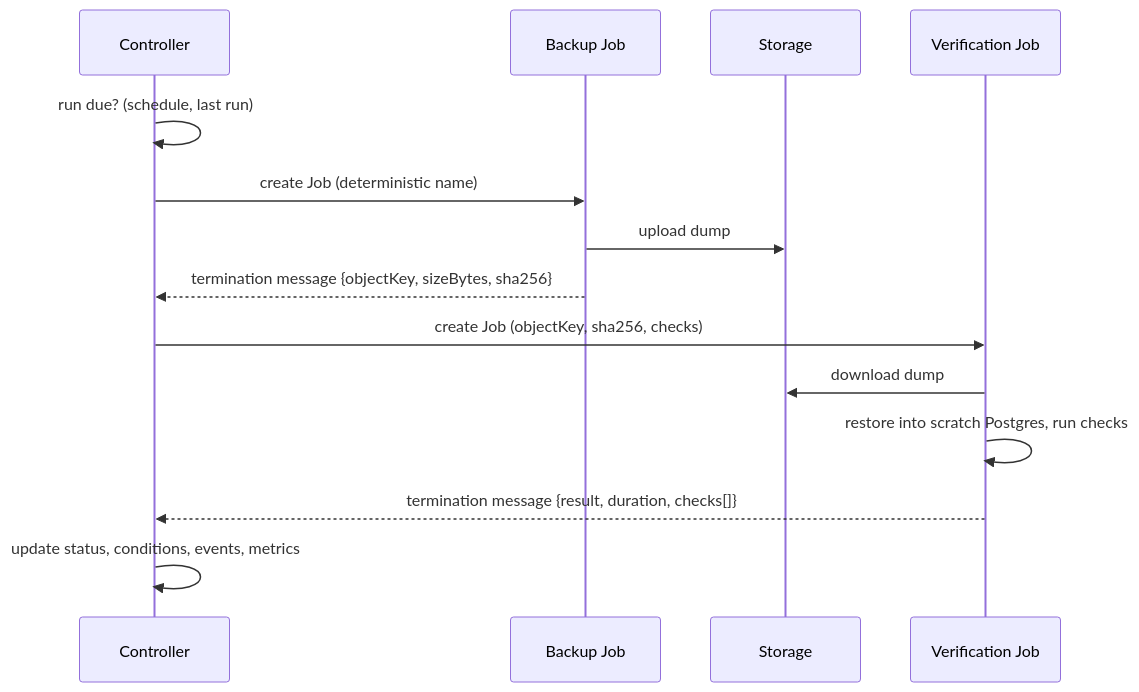
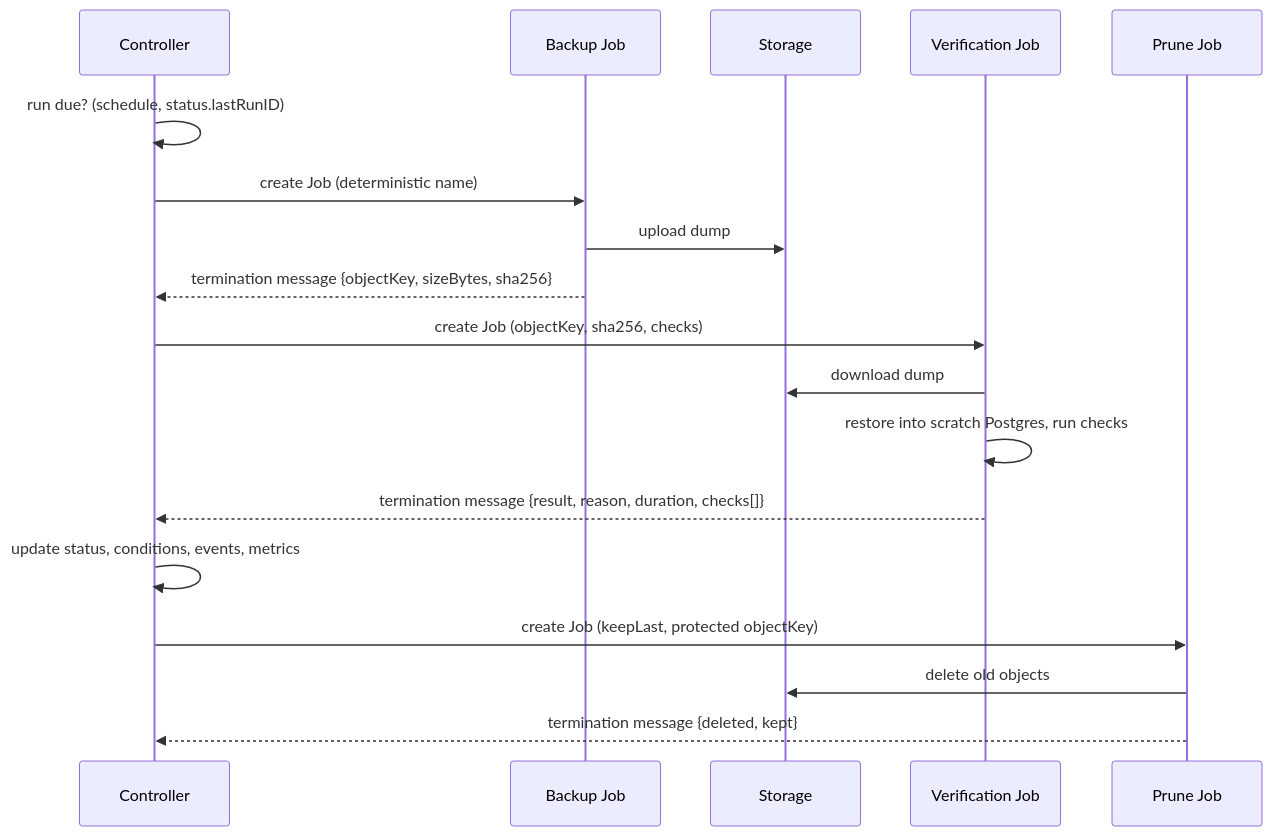
The second of 3 diagrams in docs/ARCHITECTURE.md (souvik-biswas-dev/backupvouch), drawn with Mermaid before and after one commit. The commit also changed other lines of this file and 10 other files, not shown here.

````diff
--- a/docs/ARCHITECTURE.md
+++ b/docs/ARCHITECTURE.md
@@ -25,16 +37,20 @@
 ```mermaid
 sequenceDiagram
   participant C as Controller
   participant B as Backup Job
   participant S as Storage
   participant V as Verification Job
-  C->>C: run due? (schedule, last run)
+  participant P as Prune Job
+  C->>C: run due? (schedule, status.lastRunID)
   C->>B: create Job (deterministic name)
   B->>S: upload dump
   B-->>C: termination message {objectKey, sizeBytes, sha256}
   C->>V: create Job (objectKey, sha256, checks)
   V->>S: download dump
   V->>V: restore into scratch Postgres, run checks
-  V-->>C: termination message {result, duration, checks[]}
+  V-->>C: termination message {result, reason, duration, checks[]}
   C->>C: update status, conditions, events, metrics
+  C->>P: create Job (keepLast, protected objectKey)
+  P->>S: delete old objects
+  P-->>C: termination message {deleted, kept}
 ```
````
